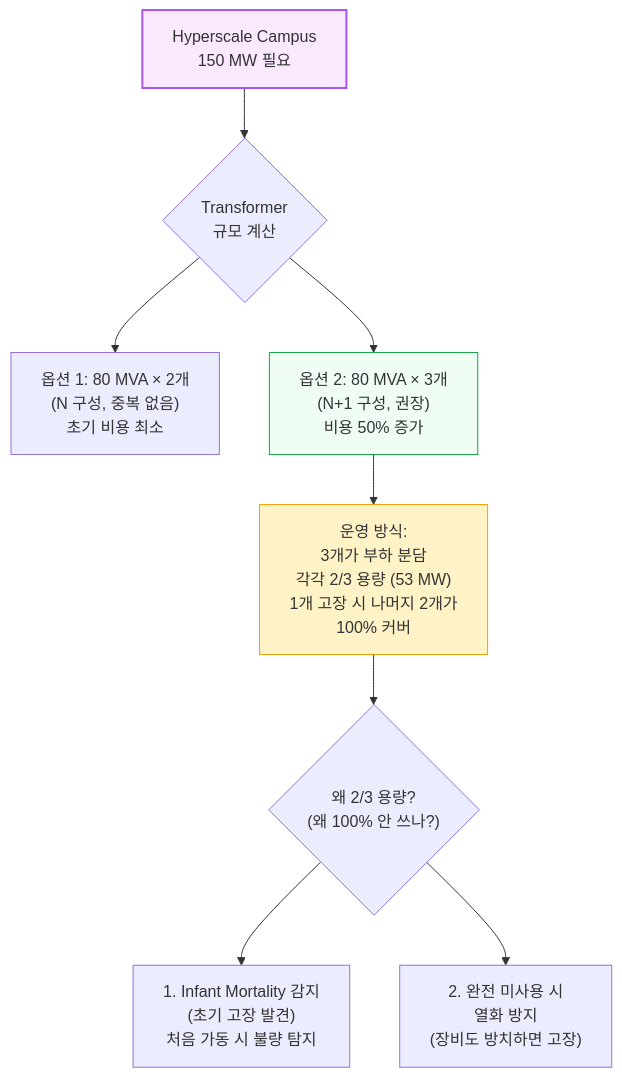
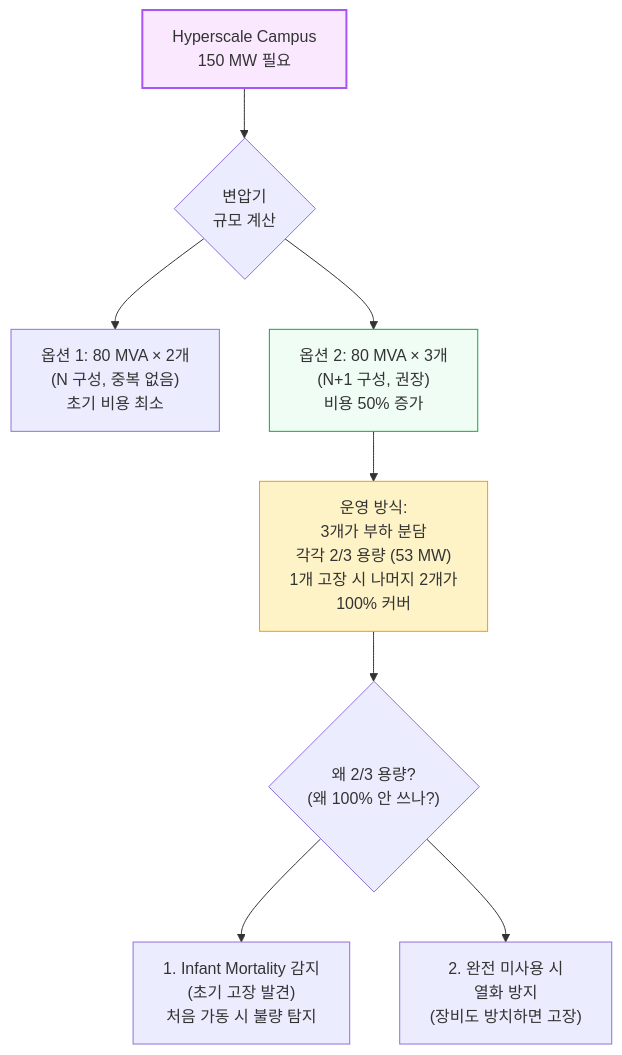
Before and after one commit to yohan4477/semi-report: the eighth of 10 diagrams in 원본 해석/[2024-10-14] 데이터센터 해부학 Part 1 - 전기 시스템.md, drawn with Mermaid. The commit also changed other lines of this file, not shown here.

````diff
--- a/원본 해석/[2024-10-14] 데이터센터 해부학 Part 1 - 전기 시스템.md
+++ b/원본 해석/[2024-10-14] 데이터센터 해부학 Part 1 - 전기 시스템.md
@@ -380,17 +380,17 @@
 ```mermaid
 graph TD
-    Campus["Hyperscale Campus<br/>150 MW 필요"] --> Calculate{"Transformer<br/>규모 계산"}
+    Campus["Hyperscale Campus<br/>150 MW 필요"] --> Calculate{"변압기<br/>규모 계산"}
 
     Calculate --> Option1["옵션 1: 80 MVA × 2개<br/>(N 구성, 중복 없음)<br/>초기 비용 최소"]
     Calculate --> Option2["옵션 2: 80 MVA × 3개<br/>(N+1 구성, 권장)<br/>비용 50% 증가"]
 
     Option2 --> Operation["운영 방식:<br/>3개가 부하 분담<br/>각각 2/3 용량 (53 MW)<br/>1개 고장 시 나머지 2개가<br/>100% 커버"]
 
     Operation --> Why{"왜 2/3 용량?<br/>(왜 100% 안 쓰나?)"}
     Why --> Reason1["1. Infant Mortality 감지<br/>(초기 고장 발견)<br/>처음 가동 시 불량 탐지"]
     Why --> Reason2["2. 완전 미사용 시<br/>열화 방지<br/>(장비도 방치하면 고장)"]
 
     style Campus fill:#fae8ff,stroke:#a855f7,stroke-width:2px
     style Option2 fill:#f0fdf4,stroke:#16a34a
     style Operation fill:#fef3c7,stroke:#f59e0b
 ```
````
